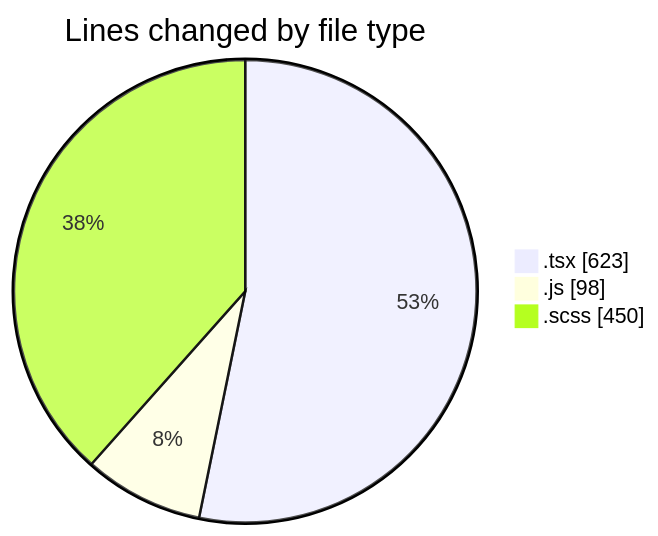
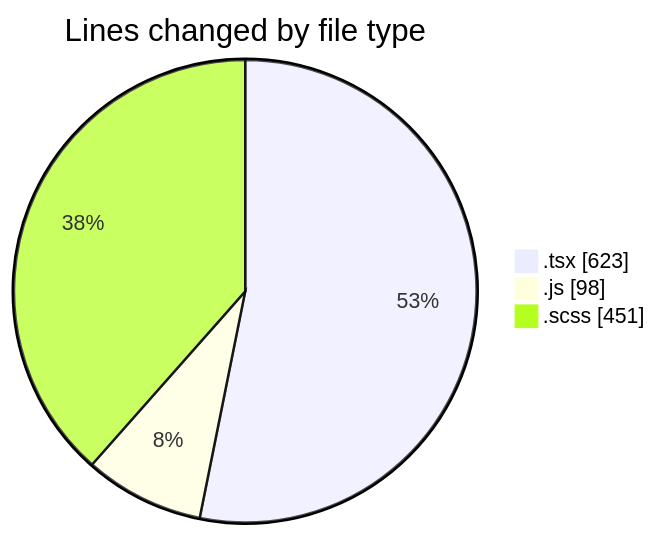
One commit to momahboobian/code-tracking changed the first of 2 diagrams in 2025-03-31/cda/README.md. Above: the diagram before and after it, drawn with Mermaid. The commit also changed other lines of this file and 1 other file, not shown here.

````diff
--- a/2025-03-31/cda/README.md
+++ b/2025-03-31/cda/README.md
@@ -27,7 +27,7 @@
 ```mermaid
 pie showData
 title Lines changed by file type
 ".tsx" : 623
 ".js" : 98
-".scss" : 450
+".scss" : 451
 ```
````
